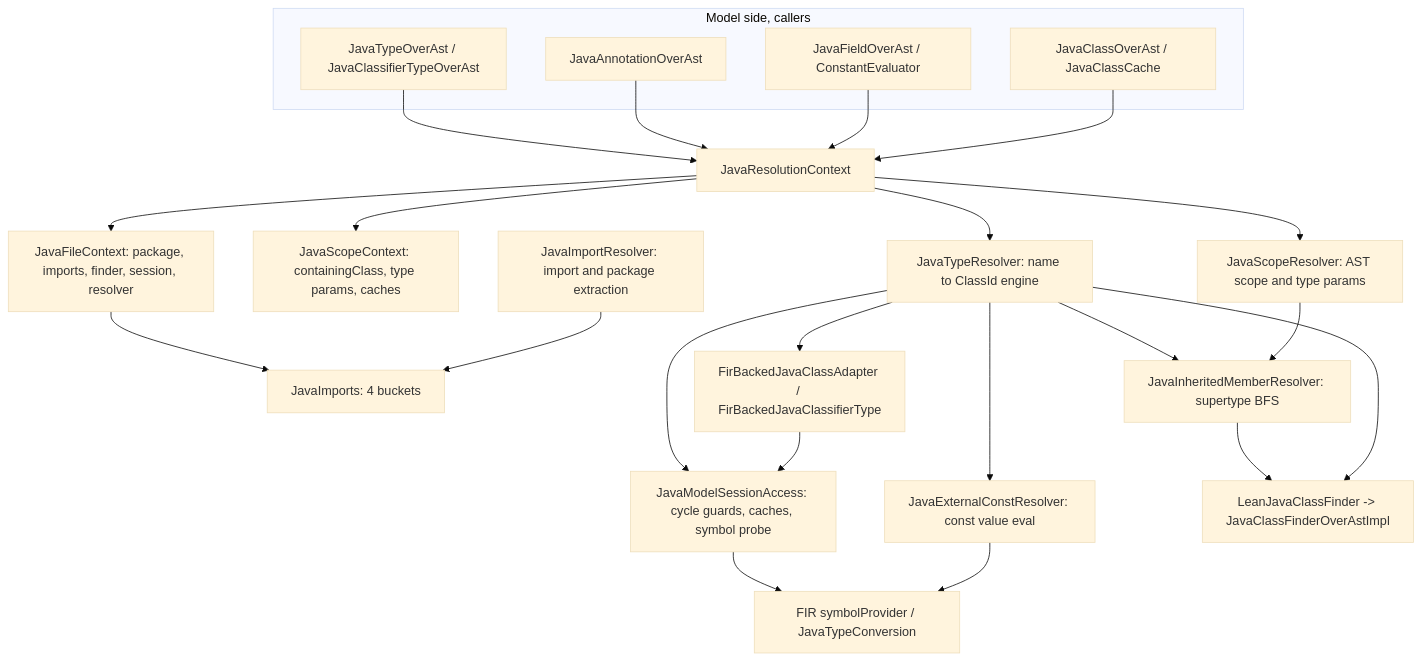
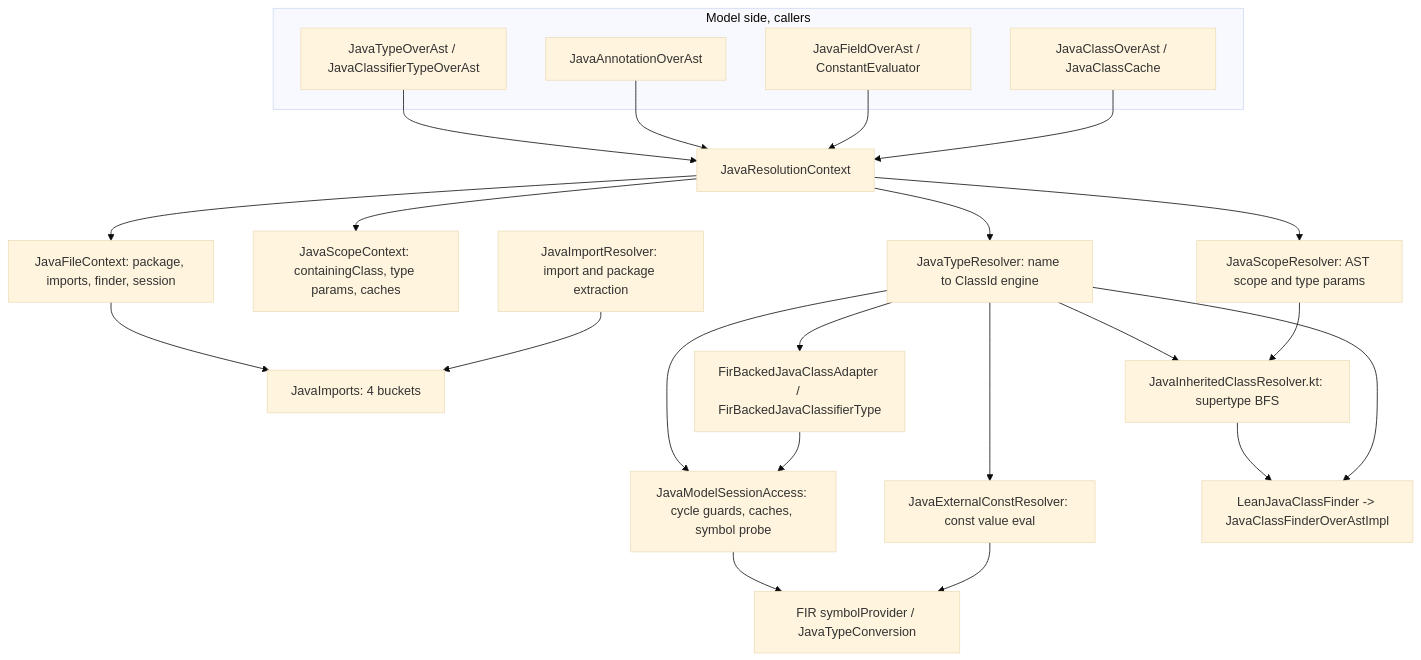
The diagram in compiler/java-direct/implDocs/RESOLUTION_SCHEMA.md (JetBrains/kotlin), drawn with Mermaid (base theme) before and after one commit. The commit also changed other lines of this file and 12 other files, not shown here.

````diff
--- a/compiler/java-direct/implDocs/RESOLUTION_SCHEMA.md
+++ b/compiler/java-direct/implDocs/RESOLUTION_SCHEMA.md
@@ -27,49 +27,49 @@
 ```mermaid
 flowchart TD
     subgraph Model [Model side, callers]
         TypeOver[JavaTypeOverAst / JavaClassifierTypeOverAst]
         AnnoOver[JavaAnnotationOverAst]
         FieldOver[JavaFieldOverAst / ConstantEvaluator]
         ClassOver[JavaClassOverAst / JavaClassCache]
     end
 
     Ctx[JavaResolutionContext]
-    FileCtx[JavaFileContext: package, imports, finder, session, resolver]
+    FileCtx[JavaFileContext: package, imports, finder, session]
     ScopeCtx[JavaScopeContext: containingClass, type params, caches]
     Imports[JavaImports: 4 buckets]
 
     TypeResolver[JavaTypeResolver: name to ClassId engine]
     ScopeResolver[JavaScopeResolver: AST scope and type params]
     ImportResolver[JavaImportResolver: import and package extraction]
-    Inherited[JavaInheritedMemberResolver: supertype BFS]
+    Inherited[JavaInheritedClassResolver.kt: supertype BFS]
     ConstResolver[JavaExternalConstResolver: const value eval]
 
     Session[JavaModelSessionAccess: cycle guards, caches, symbol probe]
     Finder[LeanJavaClassFinder -> JavaClassFinderOverAstImpl]
     Adapter[FirBackedJavaClassAdapter / FirBackedJavaClassifierType]
     Fir[FIR symbolProvider / JavaTypeConversion]
 
     TypeOver --> Ctx
     AnnoOver --> Ctx
     FieldOver --> Ctx
     ClassOver --> Ctx
 
     Ctx --> FileCtx
     Ctx --> ScopeCtx
     FileCtx --> Imports
     ImportResolver --> Imports
 
     Ctx --> TypeResolver
     Ctx --> ScopeResolver
     TypeResolver --> Inherited
     ScopeResolver --> Inherited
     TypeResolver --> ConstResolver
 
     TypeResolver --> Session
     Inherited --> Finder
     TypeResolver --> Finder
     Session --> Fir
     TypeResolver --> Adapter
     Adapter --> Session
     ConstResolver --> Fir
 ```
````
